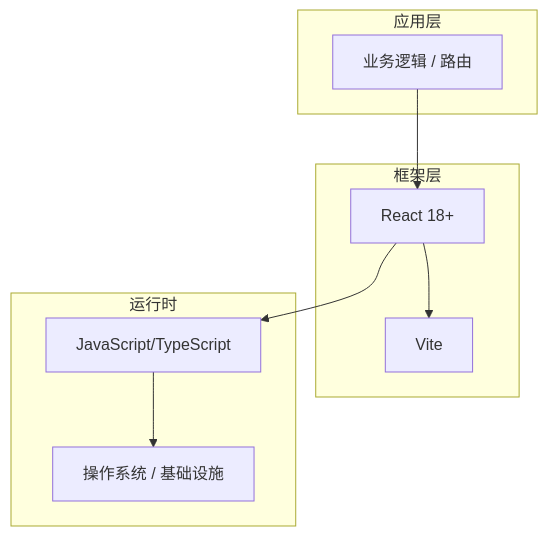
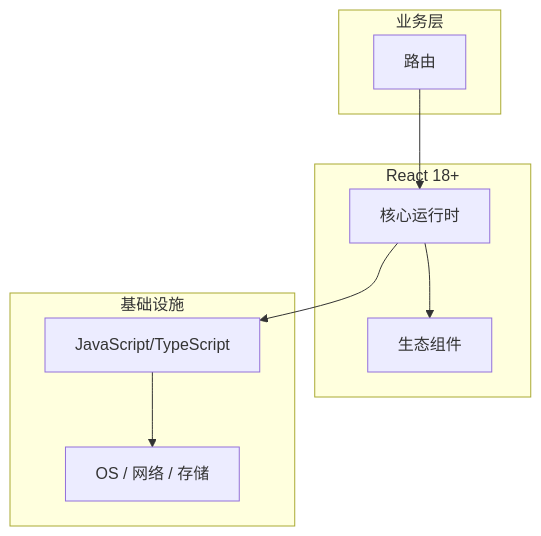
One commit to yanggan2015/knowledge-json-v2 changed the diagram in articles/React/chapters/145-路由核心概念与原理.md. Above: the diagram before and after it, drawn with Mermaid. The commit also changed other lines of this file and 10127 other files, not shown here.

````diff
--- a/articles/React/chapters/145-路由核心概念与原理.md
+++ b/articles/React/chapters/145-路由核心概念与原理.md
@@ -45,18 +34,18 @@
 ```mermaid
 graph TB
-    subgraph 应用层
-        A[业务逻辑 / 路由]
+    subgraph 业务层
+        A[路由]
     end
-    subgraph 框架层
-        B[React 18+]
-        C[Vite]
+    subgraph React 18+
+        B[核心运行时]
+        C[生态组件]
     end
-    subgraph 运行时
+    subgraph 基础设施
         D[JavaScript/TypeScript]
-        E[操作系统 / 基础设施]
+        E[OS / 网络 / 存储]
     end
     A --> B
     B --> C
     B --> D
     D --> E
 ```
````
